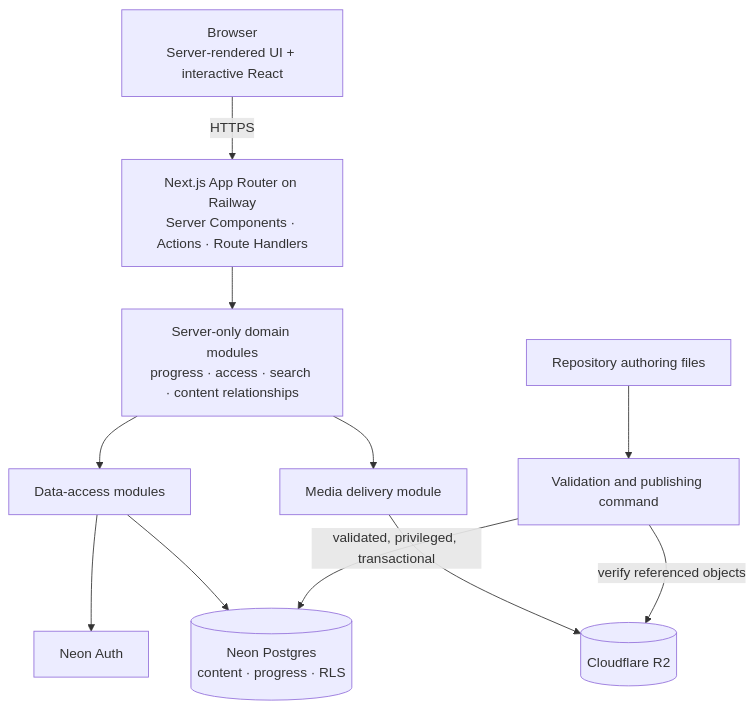
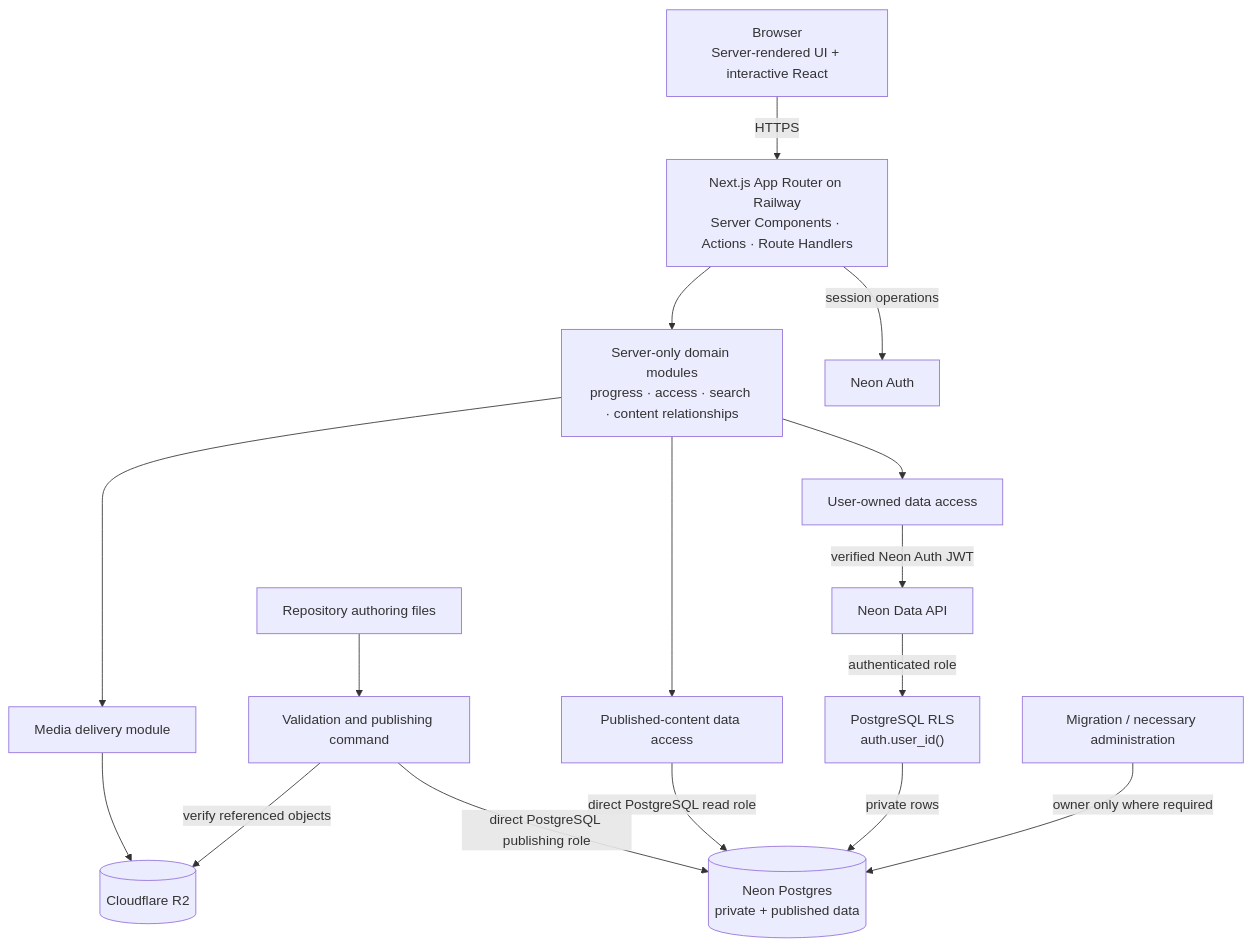
Before and after one commit to OzAvrahami/cockpitpath: the diagram in docs/architecture/dependency-map.md, drawn with Mermaid. The commit also changed other lines of this file and 7 other files, not shown here.

Commit message:
docs: record Neon Auth RLS access architecture

````diff
--- a/docs/architecture/dependency-map.md
+++ b/docs/architecture/dependency-map.md
@@ -8,24 +8,33 @@
 ```mermaid
 flowchart TB
     Browser["Browser<br/>Server-rendered UI + interactive React"]
     Web["Next.js App Router on Railway<br/>Server Components · Actions · Route Handlers"]
     Domain["Server-only domain modules<br/>progress · access · search · content relationships"]
-    Data[Data-access modules]
     Auth[Neon Auth]
-    DB[("Neon Postgres<br/>content · progress · RLS")]
+    UserData[User-owned data access]
+    DataAPI[Neon Data API]
+    RLS["PostgreSQL RLS<br/>auth.user_id()"]
+    ContentData[Published-content data access]
+    DB[("Neon Postgres<br/>private + published data")]
     Media[Media delivery module]
     R2[(Cloudflare R2)]
     Author[Repository authoring files]
     Publish[Validation and publishing command]
+    Admin[Migration / necessary administration]
 
     Browser -->|HTTPS| Web
+    Web -->|session operations| Auth
     Web --> Domain
-    Domain --> Data
-    Data --> Auth
-    Data --> DB
+    Domain --> UserData
+    UserData -->|verified Neon Auth JWT| DataAPI
+    DataAPI -->|authenticated role| RLS
+    RLS -->|private rows| DB
+    Domain --> ContentData
+    ContentData -->|direct PostgreSQL read role| DB
     Domain --> Media
     Media --> R2
     Author --> Publish
-    Publish -->|validated, privileged, transactional| DB
+    Publish -->|direct PostgreSQL publishing role| DB
     Publish -->|verify referenced objects| R2
+    Admin -->|owner only where required| DB
 ```
````
